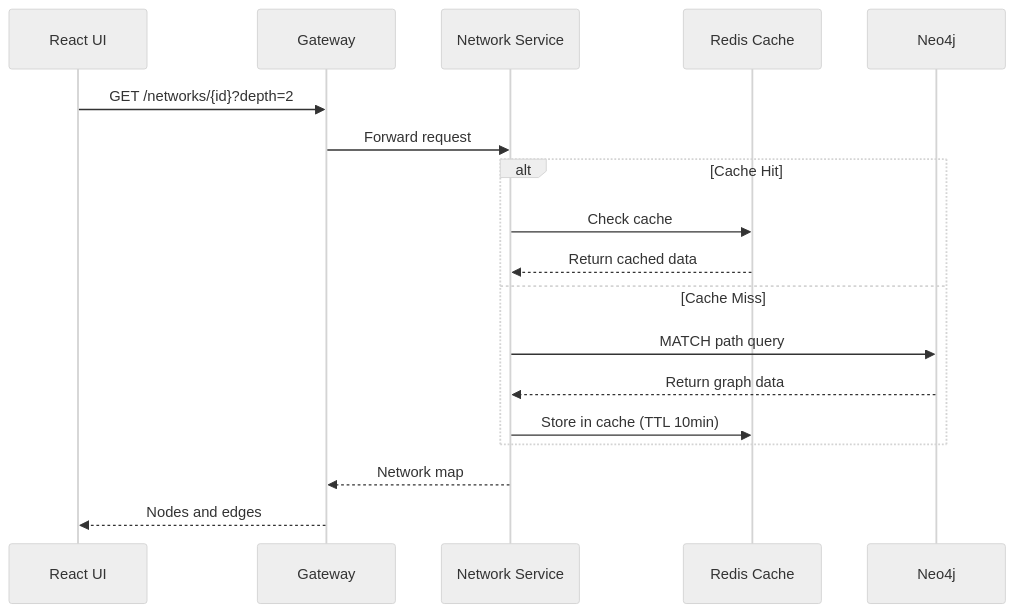
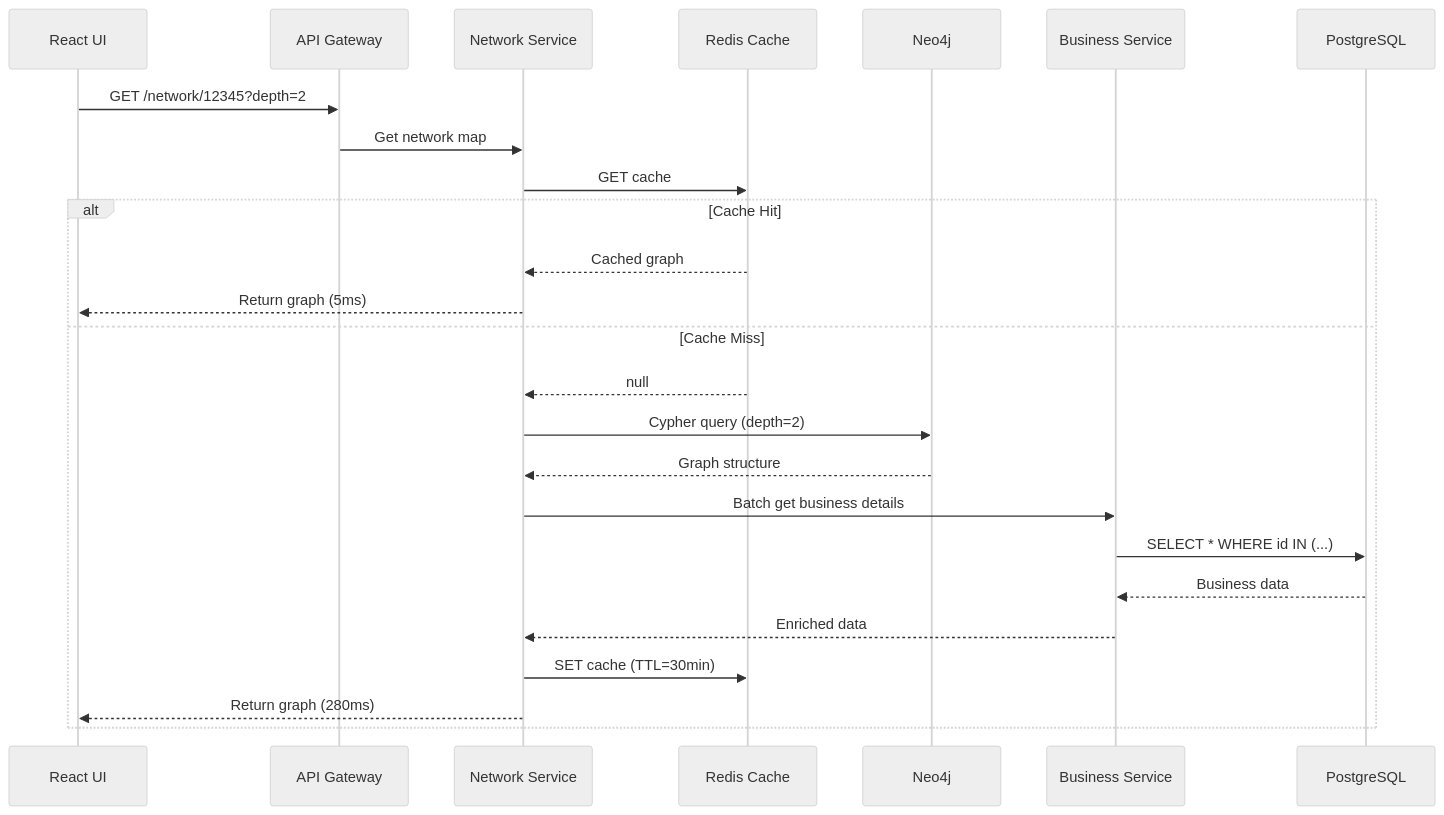
One commit to neerazz/quickbooks-business-network-interview changed the fifth of 6 diagrams in docs/architecture/data-flow.md. Above: the diagram before and after it, drawn with Mermaid (neutral theme). The commit also changed other lines of this file and 3 other files, not shown here.

````diff
--- a/docs/architecture/data-flow.md
+++ b/docs/architecture/data-flow.md
@@ -141,23 +305,29 @@
 ```mermaid
 sequenceDiagram
     participant UI as React UI
-    participant GW as Gateway
+    participant GW as API Gateway
     participant NS as Network Service
     participant REDIS as Redis Cache
     participant NEO as Neo4j
-    
-    UI->>GW: GET /networks/{id}?depth=2
-    GW->>NS: Forward request
+    participant BS as Business Service
+    participant PG as PostgreSQL
+
+    UI->>GW: GET /network/12345?depth=2
+    GW->>NS: Get network map
+    NS->>REDIS: GET cache
     
     alt Cache Hit
-        NS->>REDIS: Check cache
-        REDIS-->>NS: Return cached data
+        REDIS-->>NS: Cached graph
+        NS-->>UI: Return graph (5ms)
     else Cache Miss
-        NS->>NEO: MATCH path query
-        NEO-->>NS: Return graph data
-        NS->>REDIS: Store in cache (TTL 10min)
+        REDIS-->>NS: null
+        NS->>NEO: Cypher query (depth=2)
+        NEO-->>NS: Graph structure
+        NS->>BS: Batch get business details
+        BS->>PG: SELECT * WHERE id IN (...)
+        PG-->>BS: Business data
+        BS-->>NS: Enriched data
+        NS->>REDIS: SET cache (TTL=30min)
+        NS-->>UI: Return graph (280ms)
     end
-    
-    NS-->>GW: Network map
-    GW-->>UI: Nodes and edges
 ```
````
